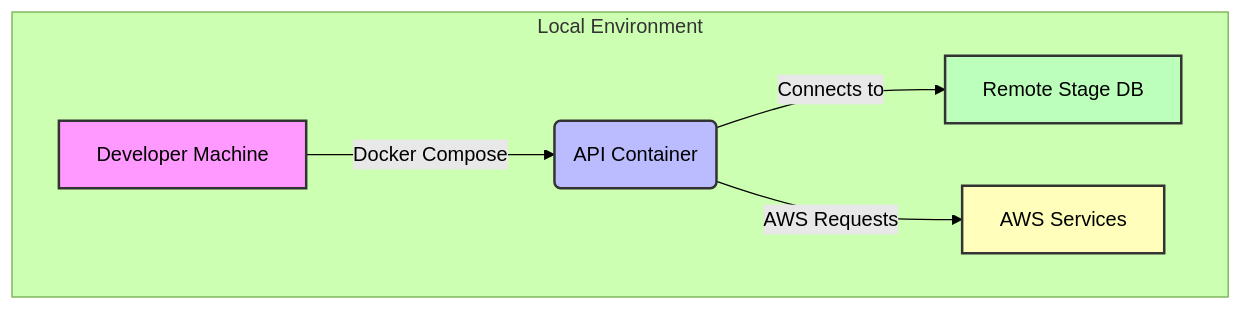
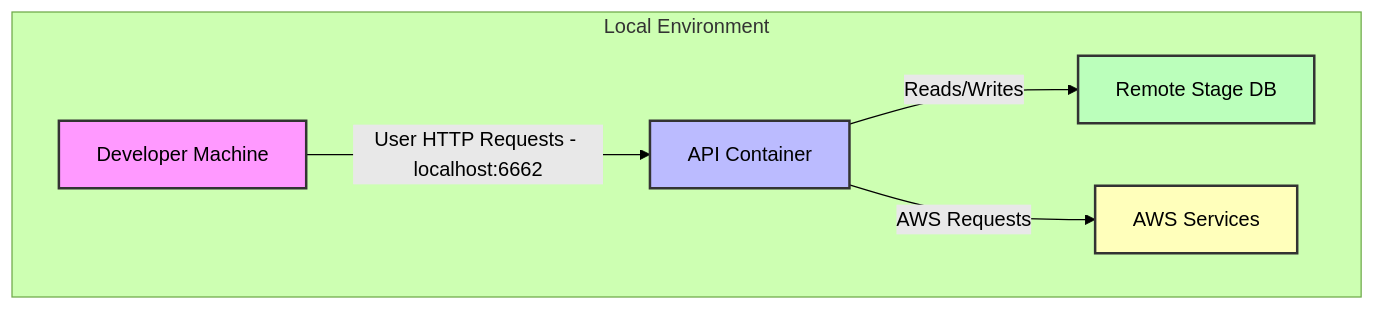
The first of 2 diagrams in api-demo/README.md (justinl-y/demo-platform), drawn with Mermaid (forest theme) before and after one commit. The commit also changed other lines of this file and 4 other files, not shown here.

````diff
--- a/api-demo/README.md
+++ b/api-demo/README.md
@@ -16,13 +16,16 @@
 ```mermaid
 flowchart TB
     subgraph Local Environment
-        A[Developer Machine] -->|Docker Compose| B(API Container)
-        B -->|Connects to| C[Remote Stage DB]
+        A[Developer Machine]
+
+        A -->|User HTTP Requests - localhost:6662| B[API Container]
+
+        B -->|Reads/Writes| C[Remote Stage DB]
         B -->|AWS Requests| D[AWS Services]
     end
 
     style A fill:#f9f,stroke:#333,stroke-width:2px
     style B fill:#bbf,stroke:#333,stroke-width:2px
     style C fill:#bfb,stroke:#333,stroke-width:2px
     style D fill:#ffb,stroke:#333,stroke-width:2px
 ```
````
